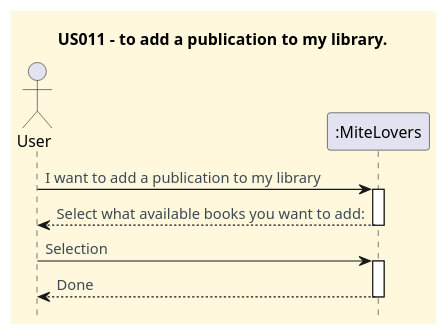
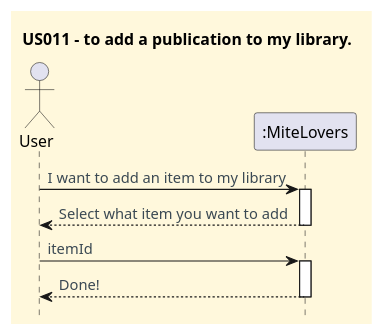
The diagram in docs/user-stories/US011/US011_add_publication_to_my_library_SSD.puml (CarolinaLeite-collab/JavaMarketplacePlatform), drawn with PlantUML before and after one commit. The commit also changed 2 other files, not shown here.

```diff
--- a/docs/user-stories/US011/US011_add_publication_to_my_library_SSD.puml
+++ b/docs/user-stories/US011/US011_add_publication_to_my_library_SSD.puml
@@ -1,29 +1,29 @@
 @startuml
 'https://plantuml.com/sequence-diagram
 hide footbox
 title US011 - to add a publication to my library.
 
 '==== basic style ====
 skinparam monochrome false
 skinparam shadowing false
 skinparam defaultFontName Futura
 skinparam objectFontSize 20
 skinparam backgroundColor CornSilk
 skinparam objectBackgroundColor WhiteSmoke
 skinparam noteBackgroundColor #FFFFE0
 skinparam ArrowFontColor #3B4953
 skinparam ActivationBackgroundColor black
 
 actor User
 participant ":MiteLovers" as System
 
-User -> System : I want to add a publication to my library
+User -> System : I want to add an item to my library
 activate System
-System --> User : Select what available books you want to add:
+System --> User : Select what item you want to add
 deactivate System
-User -> System : Selection
+User -> System : itemId
 activate System
-System --> User : Done
+System --> User : Done!
 deactivate System
 
 @enduml
```
